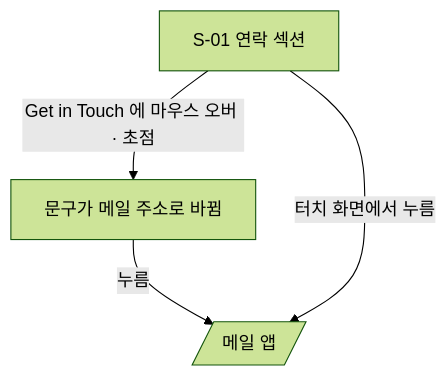
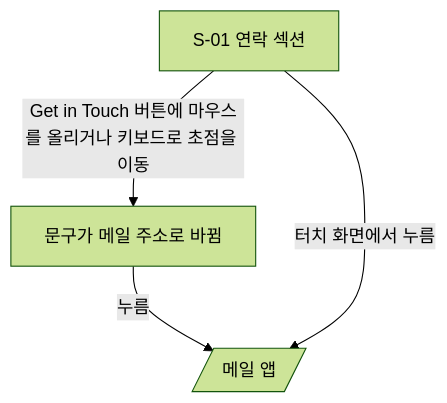
Before and after one commit to GUNIZZI/portfolio: the fourth of 5 diagrams in docs/plan/home/userflow.md, drawn with Mermaid (forest theme). The commit also changed other lines of this file and 32 other files, not shown here.

````diff
--- a/docs/plan/home/userflow.md
+++ b/docs/plan/home/userflow.md
@@ -63,6 +64,6 @@
 ```mermaid
 flowchart TD
-    C["S-01 연락 섹션"]:::screen -->|"Get in Touch 에 마우스 오버 · 초점"| ADDR["문구가 메일 주소로 바뀜"]:::step
+    C["S-01 연락 섹션"]:::screen -->|"Get in Touch 버튼에 마우스를 올리거나 키보드로 초점을 이동"| ADDR["문구가 메일 주소로 바뀜"]:::step
     ADDR -->|"누름"| MAIL[/"메일 앱"/]:::api
     C -->|"터치 화면에서 누름"| MAIL
 ```
````
